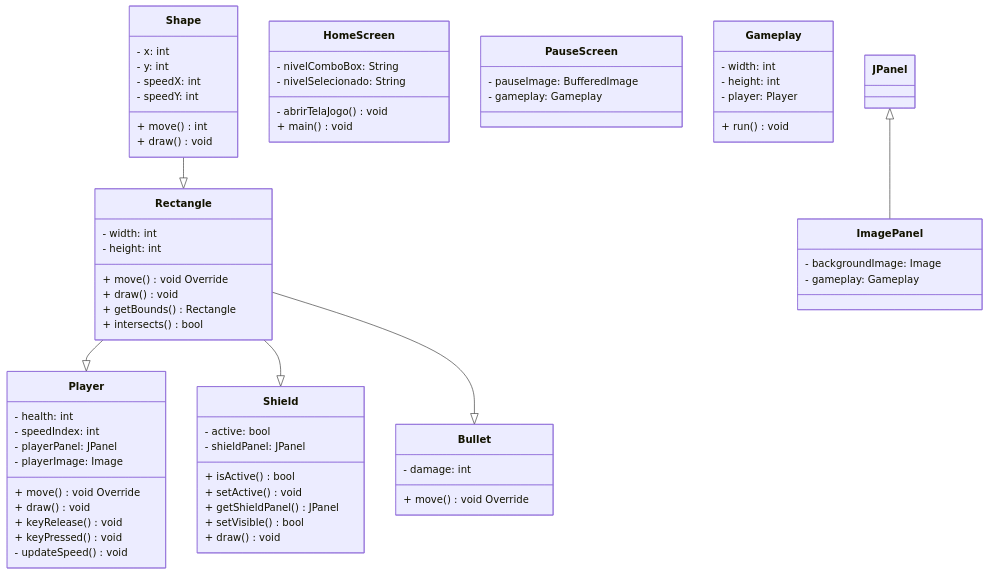
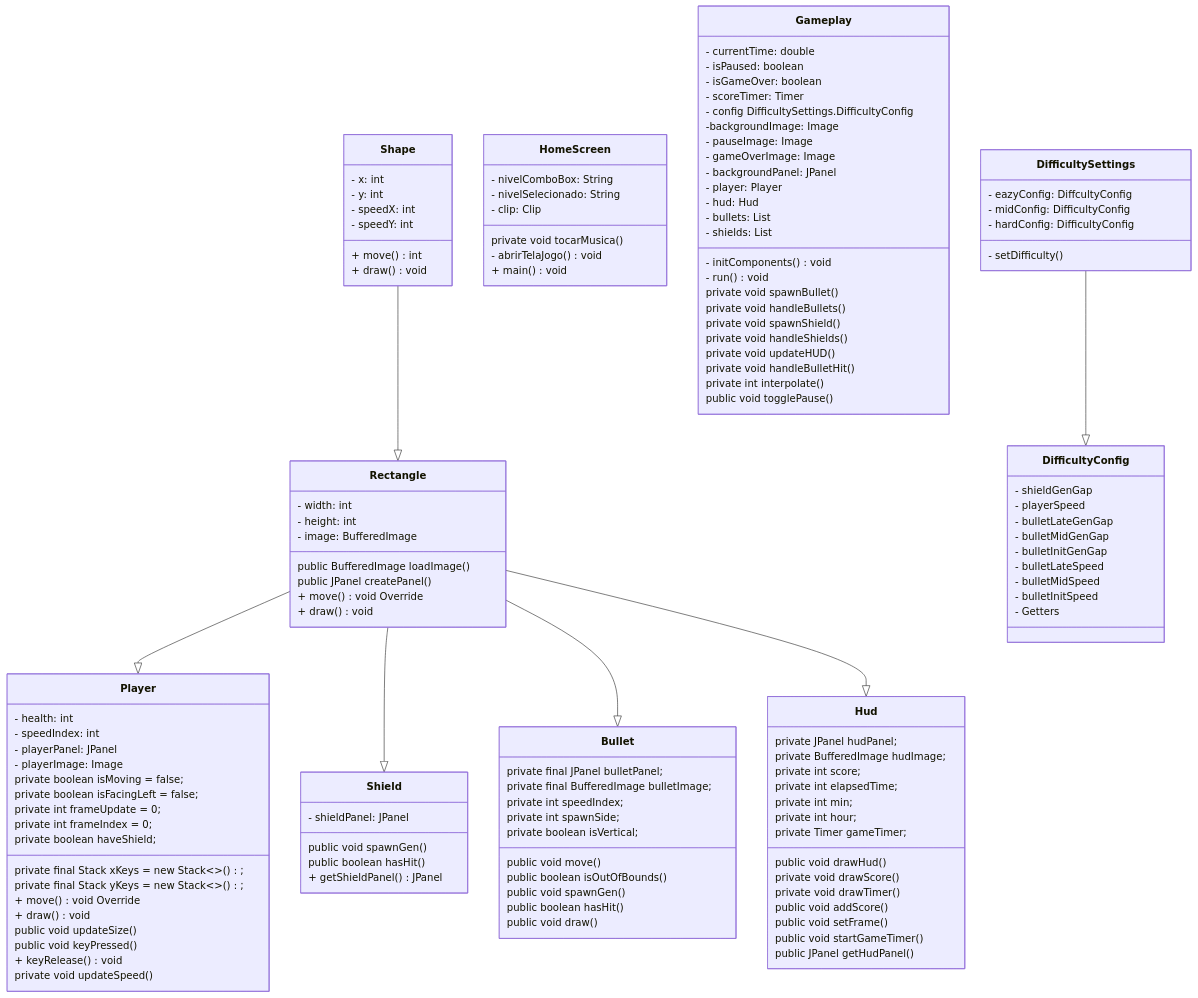
Before and after one commit to Game-JAVA/Umbrella-Squad: the diagram in README.md, drawn with Mermaid.

Commit message:
docs: updated mermaid

````diff
--- a/README.md
+++ b/README.md
@@ -43,10 +43,11 @@
     class Rectangle {
         - width: int
         - height: int
+        - image: BufferedImage
+         public BufferedImage loadImage()
+         public JPanel createPanel()
         + move() void Override
         + draw() void
-        + getBounds() Rectangle
-        + intersects() bool
     }
 
     class Player {
@@ -54,60 +55,121 @@
         - speedIndex: int
         - playerPanel: JPanel
         - playerImage: Image
+    private final Stack<Integer> xKeys = new Stack<>();   
+    private final Stack<Integer> yKeys = new Stack<>(); 
+    private boolean isMoving = false;
+    private boolean isFacingLeft = false;
+    private int frameUpdate = 0;
+    private int frameIndex = 0;
+    private boolean haveShield;
+
+
         + move() void Override
         + draw() void
+      public void updateSize()
+      public void keyPressed()
         + keyRelease() void
-        + keyPressed() void
-        - updateSpeed() void
+      private void updateSpeed()
     }
 
     class Shield {
-        - active: bool
         - shieldPanel: JPanel
-        + isActive() bool
-        + setActive() void
+        public void spawnGen()
+        public boolean hasHit()
         + getShieldPanel() JPanel
-        + setVisible() bool
-        + draw() void
     }
 
   class Bullet {
-        - damage: int
-        + move() void Override
+          private final JPanel bulletPanel;
+          private final BufferedImage bulletImage;
+          private int speedIndex;
+          private int spawnSide;
+          private boolean isVertical;
+
+         public void move()
+         public boolean isOutOfBounds()
+         public void spawnGen()
+         public boolean hasHit()
+         public void draw()
     }
+
+   class Hud {
+      private JPanel hudPanel;
+      private BufferedImage hudImage;
+       private int score;
+       private int elapsedTime;
+       private int min;
+       private int hour;
+       private Timer gameTimer;
+
+      public void drawHud()
+      private void drawScore()
+      private void drawTimer()
+      public void addScore()
+      public void setFrame()
+      public void startGameTimer()
+      public JPanel getHudPanel()
+   }
 
     class HomeScreen {
         - nivelComboBox: String
         - nivelSelecionado: String
+         - clip: Clip
+         private void tocarMusica()
         - abrirTelaJogo() void
         + main() void
     }
 
-    class PauseScreen {
-        - pauseImage: BufferedImage
-        - gameplay: Gameplay
+    class Gameplay {
+         - currentTime: double
+         - isPaused: boolean
+         - isGameOver: boolean
+         - scoreTimer: Timer
+         - config DifficultySettings.DifficultyConfig   
+         -backgroundImage: Image
+         - pauseImage: Image
+         - gameOverImage: Image
+         - backgroundPanel: JPanel
+         - player: Player
+         - hud: Hud
+         - bullets: List<Bullet>
+         - shields: List<Shield>
+         - initComponents() void
+         - run() void
+         private void spawnBullet()
+         private void handleBullets()
+         private void spawnShield()
+         private void handleShields()
+         private void updateHUD()
+         private void handleBulletHit()
+         private int interpolate()
+         public void togglePause()
     }
 
-    class Gameplay {
-        - width: int
-        - height: int
-        - player: Player
-        + run() void
-    }
+   class DifficultySettings {
+      - eazyConfig: DiffcultyConfig
+      - midConfig: DifficultyConfig
+      - hardConfig: DifficultyConfig
+      - setDifficulty()
+   }
 
-  class JPanel {
-    }
-
-    class ImagePanel {
-        - backgroundImage: Image
-        - gameplay: Gameplay
-    }
+   class DifficultyConfig {
+      - shieldGenGap
+      - playerSpeed
+      - bulletLateGenGap
+      - bulletMidGenGap
+      - bulletInitGenGap
+      - bulletLateSpeed
+      - bulletMidSpeed
+      - bulletInitSpeed
+      - Getters
+   }
 
     Shape --|> Rectangle
     Rectangle --|> Player
     Rectangle --|> Shield
     Rectangle --|> Bullet
-
-    JPanel <|-- ImagePanel
+    Rectangle --|> Hud
+    DifficultySettings --|> DifficultyConfig 
 
 ```
````
